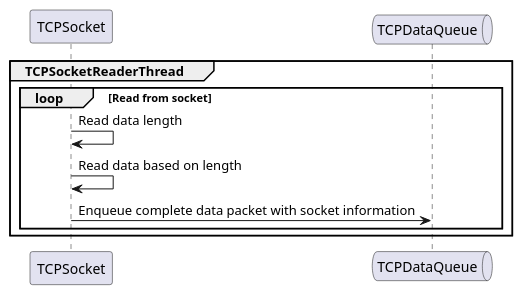
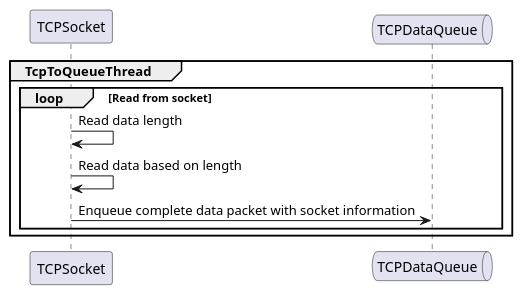
The second of 5 diagrams in doc/server.md (xiguichen/tcpudp), drawn with PlantUML before and after one commit. The commit also changed other lines of this file, not shown here.

```diff
--- a/doc/server.md
+++ b/doc/server.md
@@ -29,14 +37,14 @@
 @startuml
 
 participant TCPSocket
 queue TCPDataQueue
 
-group TCPSocketReaderThread
+group TcpToQueueThread
     loop Read from socket
         TCPSocket -> TCPSocket: Read data length
         TCPSocket -> TCPSocket: Read data based on length
         TCPSocket -> TCPDataQueue: Enqueue complete data packet with socket information
     end
 end
 
 @enduml
```
